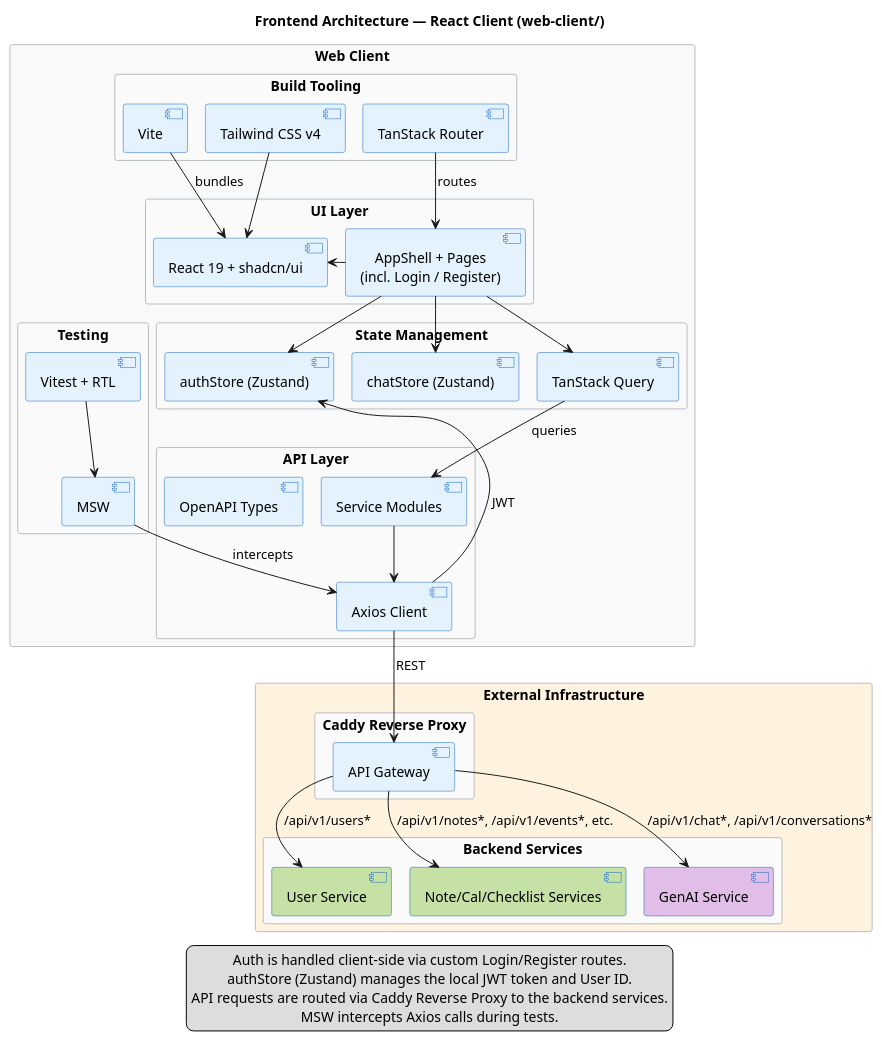
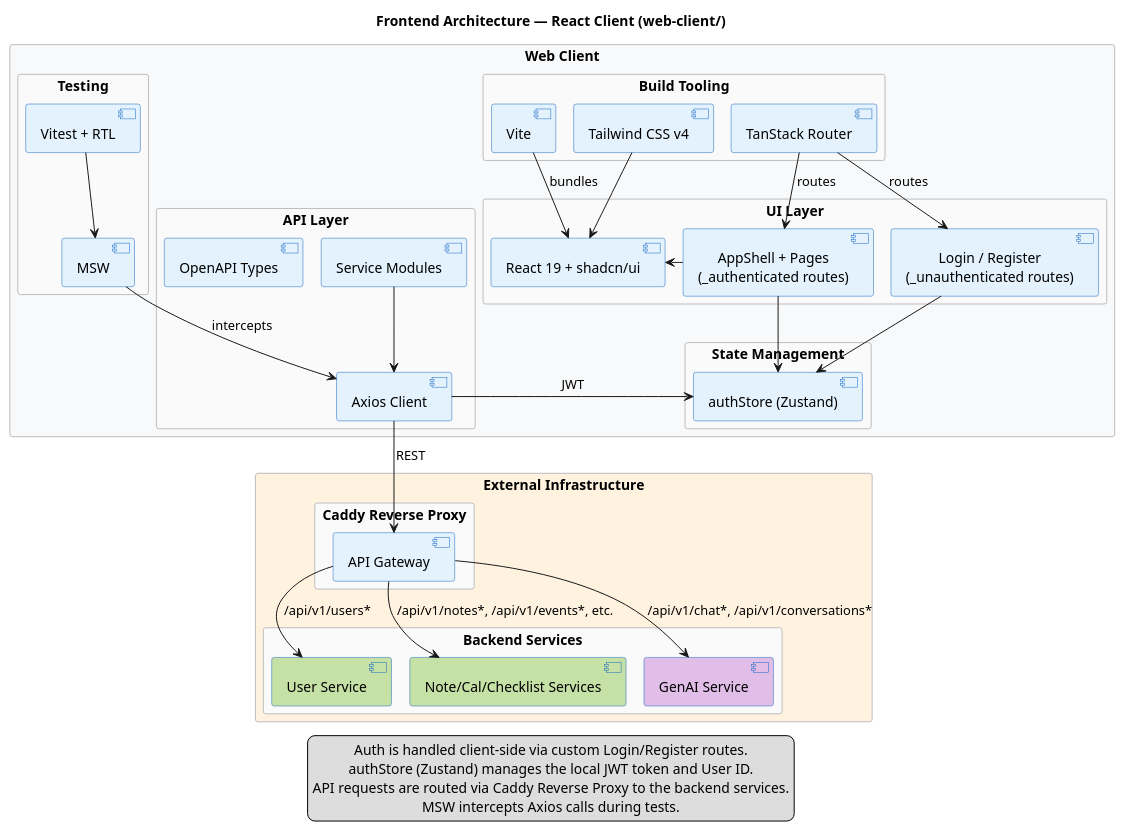
The diagram in docs/frontend/frontend-architecture.puml (AET-DevOps26/team-devopss26), drawn with PlantUML before and after one commit. The commit also changed 9 other files, not shown here.

Commit message:
frontend diagram fix/update

```diff
--- a/docs/frontend/frontend-architecture.puml
+++ b/docs/frontend/frontend-architecture.puml
@@ -1,97 +1,96 @@
 @startuml
 !pragma layout smetana
 skinparam shadowing false
 skinparam nodesep 40
 skinparam ranksep 60
 skinparam defaultTextAlignment center
 
 skinparam rectangle {
   BackgroundColor #FAFAFA
   BorderColor #BDBDBD
 }
 skinparam component {
   BackgroundColor #E3F2FD
   BorderColor #1565C0
 }
 skinparam database {
   BackgroundColor #F9E79F
   BorderColor #D4AC0D
 }
 skinparam node {
   BackgroundColor #FFFFFF
   BorderColor #9E9E9E
 }
 
 title Frontend Architecture — React Client (web-client/)
 top to bottom direction
 
 rectangle "Web Client" #F8F9FA {
   rectangle "Build Tooling" as BUILD {
     component "Vite" as VITE
     component "Tailwind CSS v4" as TW
     component "TanStack Router" as ROUTER
   }
 
   rectangle "UI Layer" as UI {
     component "React 19 + shadcn/ui" as REACT
-    component "AppShell + Pages\n(incl. Login / Register)" as PAGES
+    component "AppShell + Pages\n(_authenticated routes)" as PAGES
+    component "Login / Register\n(_unauthenticated routes)" as AUTH_PAGES
   }
 
   rectangle "State Management" as STATE {
     component "authStore (Zustand)" as AUTHSTORE
-    component "chatStore (Zustand)" as CHATSTORE
-    component "TanStack Query" as TQ
   }
 
   rectangle "API Layer" as API {
     component "Axios Client" as AXIOS
     component "Service Modules" as SVCS
     component "OpenAPI Types" as TYPES
   }
 
   rectangle "Testing" as TESTING {
     component "Vitest + RTL" as VITEST
     component "MSW" as MSW
   }
 }
 
 rectangle "External Infrastructure" #FFF3E0 {
   rectangle "Caddy Reverse Proxy" as PROXY_NODE {
     component "API Gateway" as PROXY
   }
   rectangle "Backend Services" {
     component "User Service" as BACKEND_USER #C5E1A5
     component "Note/Cal/Checklist Services" as BACKEND_CORE #C5E1A5
     component "GenAI Service" as GENAI #E1BEE7
   }
 }
 
 VITE     -down-> REACT : bundles
 TW       -down-> REACT
 ROUTER   -down-> PAGES : routes
+ROUTER   -down-> AUTH_PAGES : routes
 
 PAGES    -left-> REACT
 PAGES    -down-> AUTHSTORE
-PAGES    -down-> CHATSTORE
-PAGES    -down-> TQ
 
-TQ       -down-> SVCS : queries
+AUTH_PAGES -down-> AUTHSTORE
+
 SVCS     -down-> AXIOS
 AXIOS    -right-> AUTHSTORE : JWT
 AXIOS    -down-> PROXY : REST
 
 PROXY    -down-> BACKEND_USER : /api/v1/users*
 PROXY    -down-> BACKEND_CORE : /api/v1/notes*, /api/v1/events*, etc.
 PROXY    -down-> GENAI : /api/v1/chat*, /api/v1/conversations*
 
 VITEST   -down-> MSW
 MSW      -down-> AXIOS : intercepts
 
 legend bottom
   Auth is handled client-side via custom Login/Register routes.
   authStore (Zustand) manages the local JWT token and User ID.
   API requests are routed via Caddy Reverse Proxy to the backend services.
   MSW intercepts Axios calls during tests.
 endlegend
 
 @enduml
```
